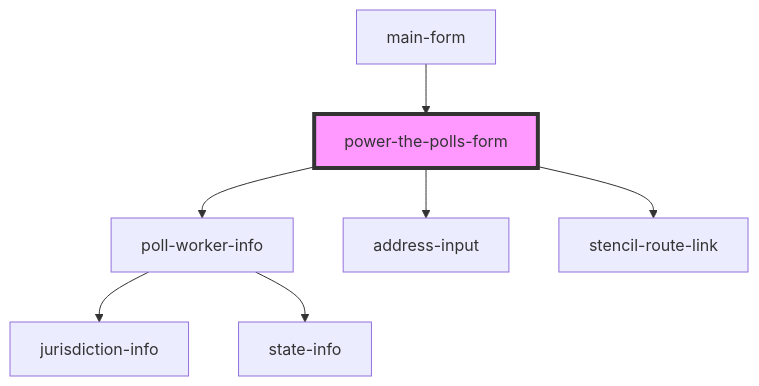
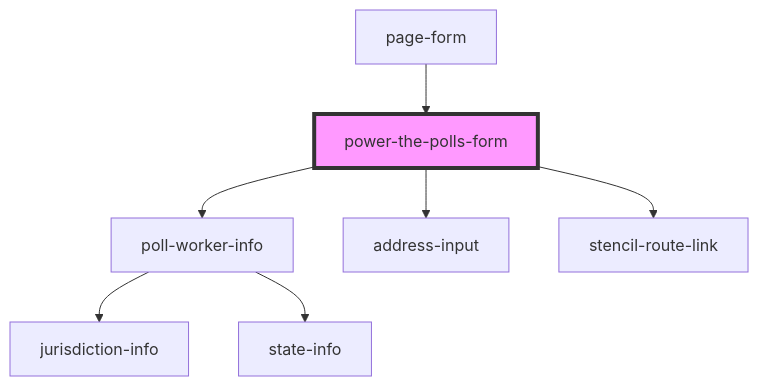
The diagram in site/src/components/power-the-polls-form/readme.md (pizza-to-the-polls/power-the-polls), drawn with Mermaid before and after one commit. The commit also changed other lines of this file and 21 other files, not shown here.

````diff
--- a/site/src/components/power-the-polls-form/readme.md
+++ b/site/src/components/power-the-polls-form/readme.md
@@ -40,10 +40,10 @@
 ```mermaid
 graph TD;
   power-the-polls-form --> poll-worker-info
   power-the-polls-form --> address-input
   power-the-polls-form --> stencil-route-link
   poll-worker-info --> jurisdiction-info
   poll-worker-info --> state-info
-  main-form --> power-the-polls-form
+  page-form --> power-the-polls-form
   style power-the-polls-form fill:#f9f,stroke:#333,stroke-width:4px
 ```
````
